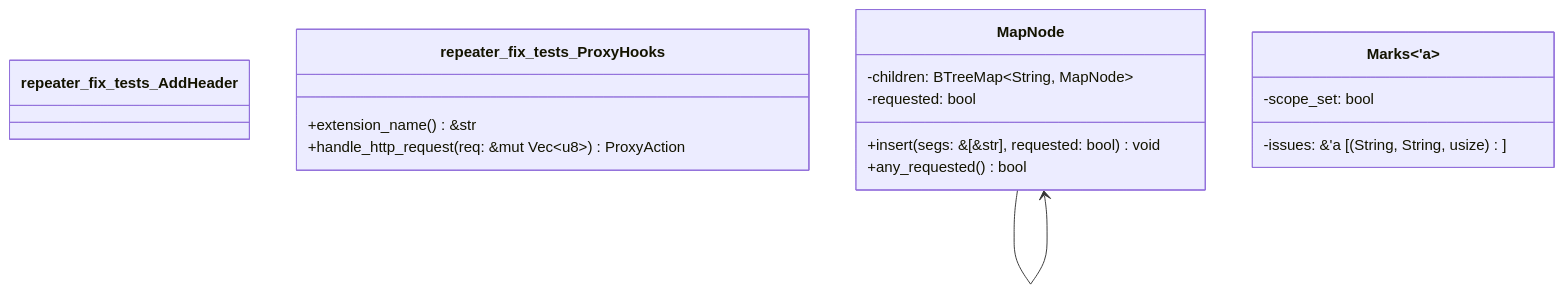
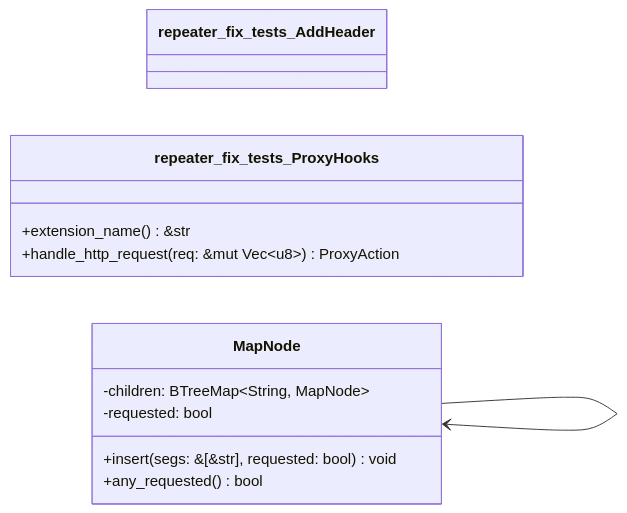
Before and after one commit to Chaim12345/webprobe: the diagram in docs/uml/desktop-ui.md, drawn with Mermaid. The commit also changed other lines of this file and 70 other files, not shown here.

First line of the commit message:
docs(uml): diagrams that draw, split into readable parts, with SVG renders

````diff
--- a/docs/uml/desktop-ui.md
+++ b/docs/uml/desktop-ui.md
@@ -5,20 +5,17 @@
 ```mermaid
 classDiagram
+    direction LR
     class repeater_fix_tests_AddHeader {
     }
     class repeater_fix_tests_ProxyHooks {
         +extension_name() &str
         +handle_http_request(req: &mut Vec~u8~) ProxyAction
     }
     class MapNode {
         -children: BTreeMap~String, MapNode~
         -requested: bool
         +insert(segs: &[&str], requested: bool) void
         +any_requested() bool
     }
-    class Marks~'a~ {
-        -issues: &'a [(String, String, usize)]
-        -scope_set: bool
-    }
     MapNode --> MapNode
 ```
````
